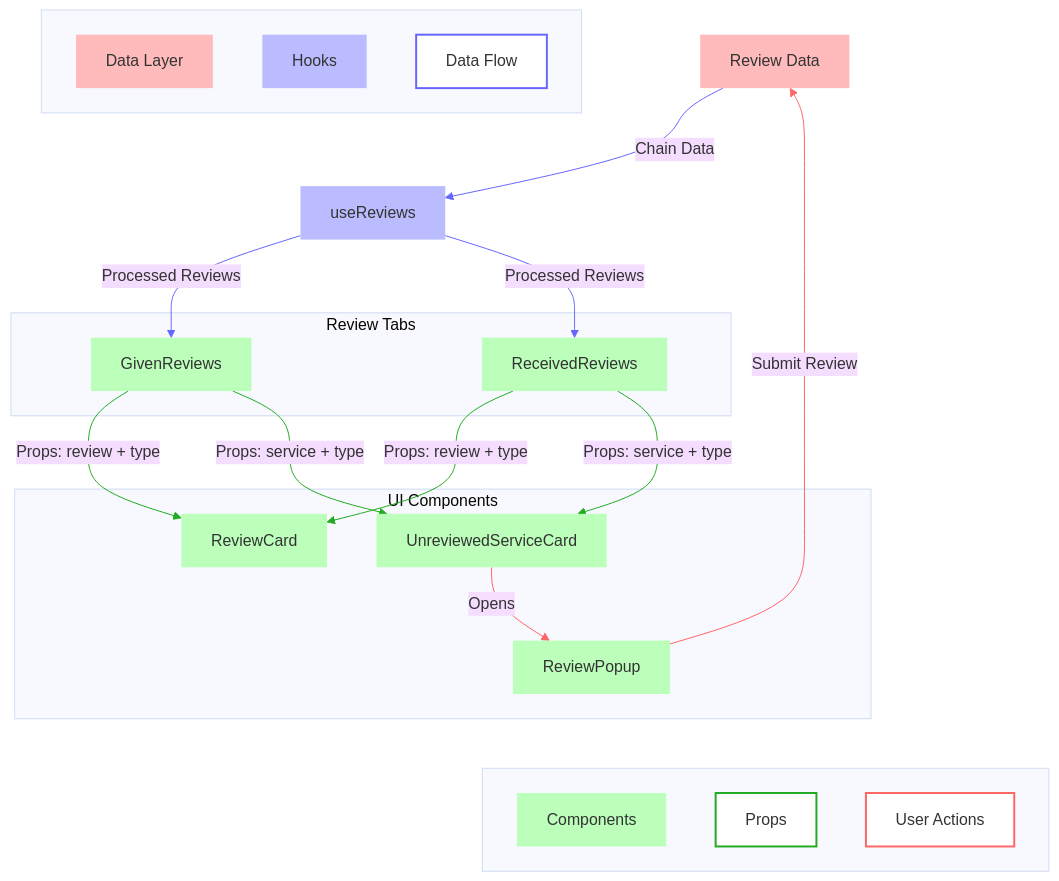
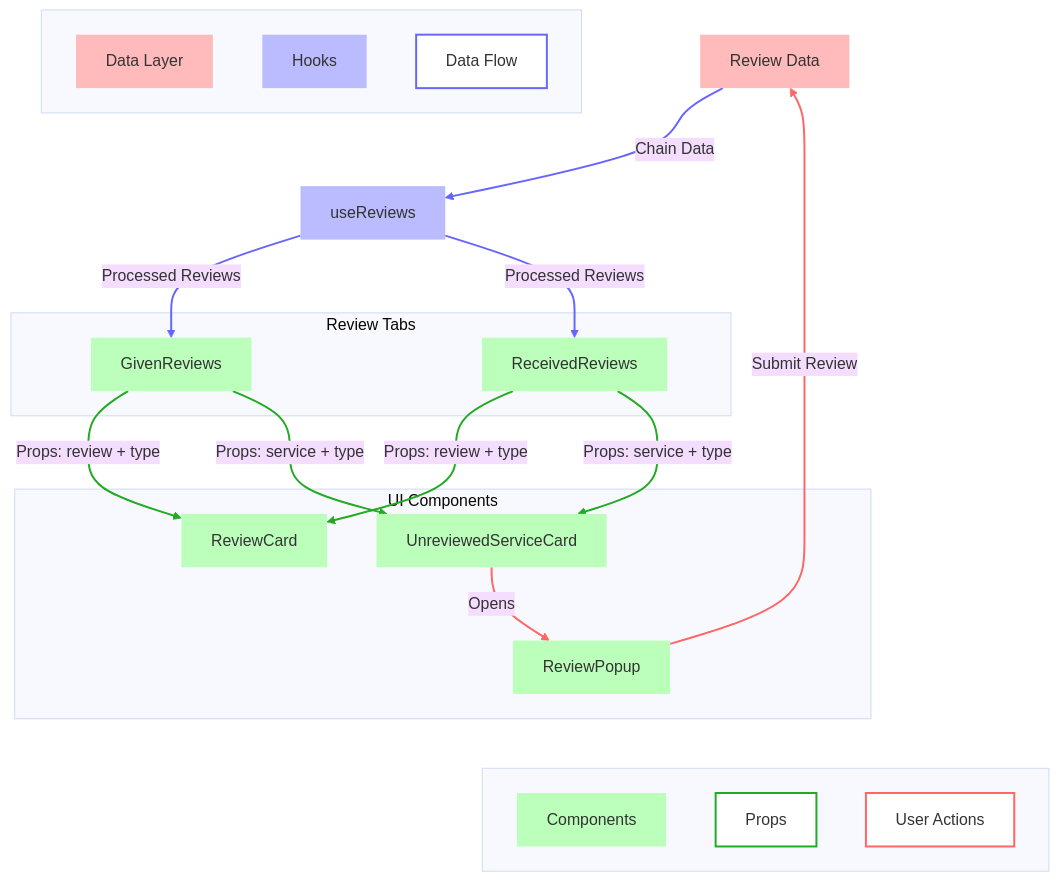
One commit to Gigentic/gigentic-frontend changed the diagram in web/components/review/review.md. Above: the diagram before and after it, drawn with Mermaid (base theme). The commit also changed 2 other files, not shown here.

Commit message:
update review diagrams

````diff
--- a/web/components/review/review.md
+++ b/web/components/review/review.md
@@ -1,70 +1,64 @@
 ```mermaid
-graph TD
+flowchart TD
 
-        D[Review Data]
-        style D fill:#fbb,stroke-width:0px
+    D[Review Data]:::dataLayer
 
-        UR[useReviews]
-        style UR fill:#bbf,stroke-width:0px
+    UR[useReviews]:::hook
 
     subgraph "Review Tabs"
-        GR[GivenReviews]
-        RR[ReceivedReviews]
-        style GR fill:#bfb,stroke-width:0px
-        style RR fill:#bfb,stroke-width:0px
+        GR[GivenReviews]:::component
+        RR[ReceivedReviews]:::component
     end
 
     subgraph "UI Components"
-        RC[ReviewCard]
-        USC[UnreviewedServiceCard]
-        RP[ReviewPopup]
-        style RC fill:#bfb,stroke-width:0px
-        style USC fill:#bfb,stroke-width:0px
-        style RP fill:#bfb,stroke-width:0px
-    end
-
-
-        %% Legend
-    subgraph " "
-        L1[Data Layer]
-        L2[Hooks]
-        L4["Data Flow"]
-        style L1 fill:#fbb,stroke-width:0px
-        style L2 fill:#bbf,stroke-width:0px
-        style L3 fill:#bfb,stroke-width:0px
-    end
-
-        %% Legend
-    subgraph " "
-        L3[Components]
-        L5["Props"]
-        L6["User Actions"]
-        style L4 fill:#fff,stroke:#66f,stroke-width:2px
-        style L5 fill:#fff,stroke:#2a2,stroke-width:2px
-        style L6 fill:#fff,stroke:#f66,stroke-width:2px
+        RC[ReviewCard]:::component
+        USC[UnreviewedServiceCard]:::component
+        RP[ReviewPopup]:::component
     end
 
     %% Data Flow
     D -->|"Chain Data"| UR
     UR -->|"Processed Reviews"| GR
     UR -->|"Processed Reviews"| RR
 
     %% Props Flow
     GR -->|"Props: review + type"| RC
     RR -->|"Props: review + type"| RC
     GR -->|"Props: service + type"| USC
     RR -->|"Props: service + type"| USC
 
     %% User Actions
     USC -->|"Opens"| RP
     RP -->|"Submit Review"| D
 
     %% Invisible arrow to position legend
     L1 ~~~ UR
     RP ~~~ L3
 
+    %% Legend Top
+    subgraph " "
+        L1[Data Layer]:::dataLayer
+        L2[Hooks]:::hook
+        L4["Data Flow"]:::dataFlow
+    end
+
+    %% Legend Bottom
+    subgraph " "
+        L3[Components]:::component
+        L5["Props"]:::prop
+        L6["User Actions"]:::action
+    end
+
     %% Style different types of arrows
-    linkStyle 0,1,2 stroke:#66f,stroke-width:2px %% Data Flow in blue
-    linkStyle 3,4,5,6 stroke:#2a2,stroke-width:2px %% Props Flow in green
-    linkStyle 7,8 stroke:#f66,stroke-width:2px %% User Actions in red
+    linkStyle 0,1,2 stroke:#66f,stroke-width:2px
+    linkStyle 3,4,5,6 stroke:#2a2,stroke-width:2px
+    linkStyle 7,8 stroke:#f66,stroke-width:2px
+
+    %% Class Definitions
+    classDef dataLayer fill:#fbb,stroke-width:0px
+    classDef hook fill:#bbf,stroke-width:0px
+    classDef dataFlow fill:#fff,stroke:#66f,stroke-width:2px
+    classDef component fill:#bfb,stroke-width:0px
+    classDef prop fill:#fff,stroke:#2a2,stroke-width:2px
+    classDef action fill:#fff,stroke:#f66,stroke-width:2px
 ```
````
